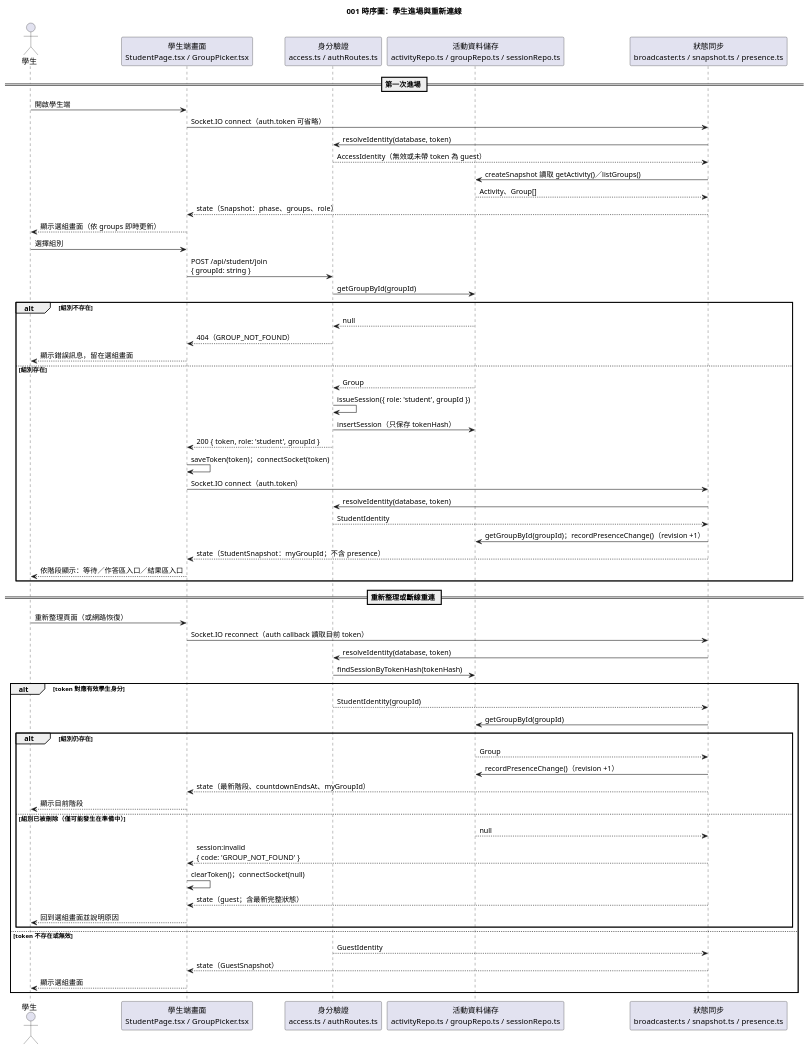
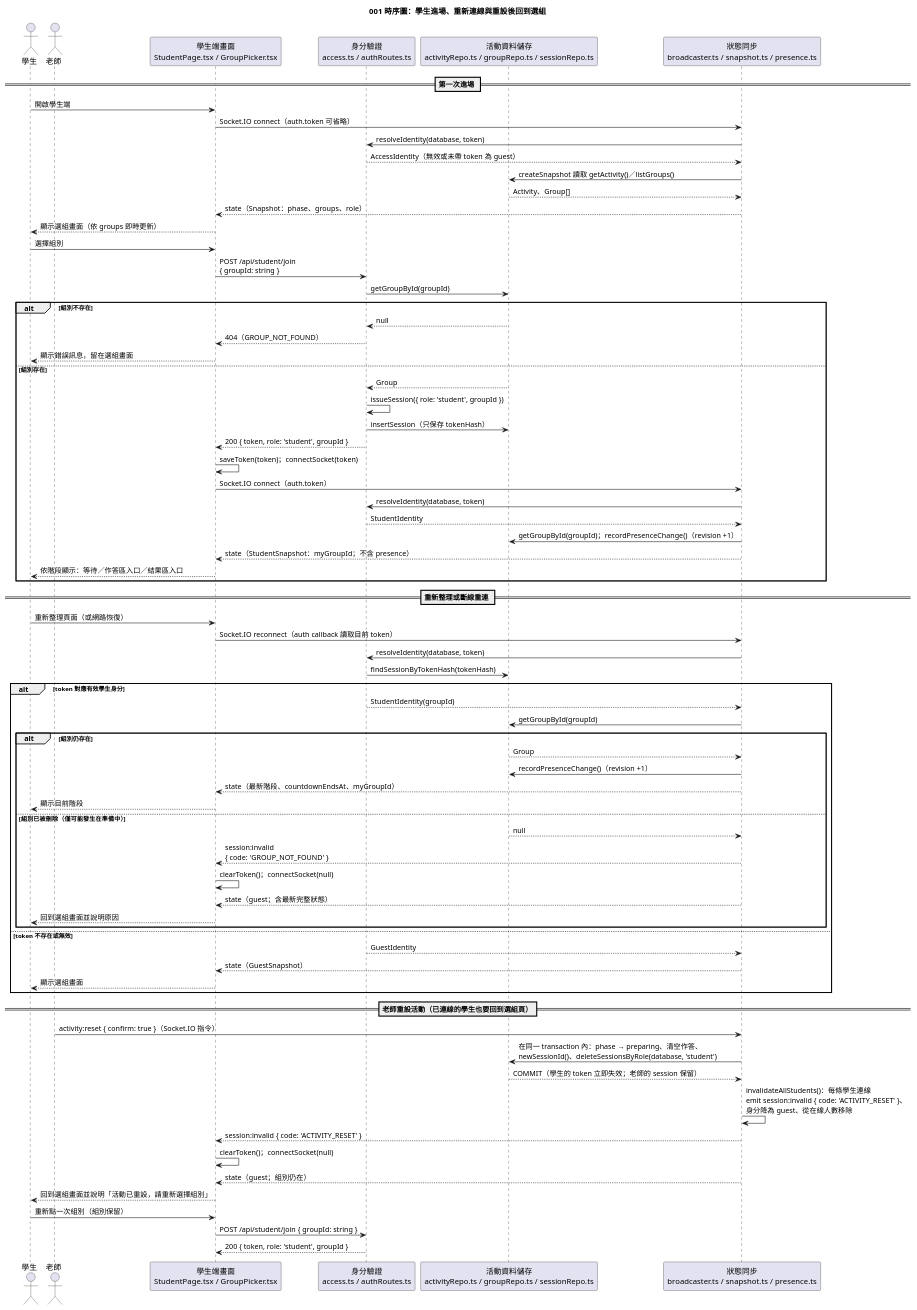
Before and after one commit to Danielweng0902/Answering-System_speckit: the diagram in diagrams/001-activity-session-seq-join.puml, drawn with PlantUML. The commit also changed 26 other files, not shown here.

```diff
--- a/diagrams/001-activity-session-seq-join.puml
+++ b/diagrams/001-activity-session-seq-join.puml
@@ -1,66 +1,80 @@
 @startuml
-title 001 時序圖：學生進場與重新連線
+title 001 時序圖：學生進場、重新連線與重設後回到選組
 
 actor "學生" as Student
+actor "老師" as Teacher
 participant "學生端畫面\nStudentPage.tsx / GroupPicker.tsx" as U
 participant "身分驗證\naccess.ts / authRoutes.ts" as A
 participant "活動資料儲存\nactivityRepo.ts / groupRepo.ts / sessionRepo.ts" as S
 participant "狀態同步\nbroadcaster.ts / snapshot.ts / presence.ts" as B
 
 == 第一次進場 ==
 Student -> U : 開啟學生端
 U -> B : Socket.IO connect（auth.token 可省略）
 B -> A : resolveIdentity(database, token)
 A --> B : AccessIdentity（無效或未帶 token 為 guest）
 B -> S : createSnapshot 讀取 getActivity()／listGroups()
 S --> B : Activity、Group[]
 B --> U : state（Snapshot：phase、groups、role）
 U --> Student : 顯示選組畫面（依 groups 即時更新）
 
 Student -> U : 選擇組別
 U -> A : POST /api/student/join\n{ groupId: string }
 A -> S : getGroupById(groupId)
 alt 組別不存在
   S --> A : null
   A --> U : 404（GROUP_NOT_FOUND）
   U --> Student : 顯示錯誤訊息，留在選組畫面
 else 組別存在
   S --> A : Group
   A -> A : issueSession({ role: 'student', groupId })
   A -> S : insertSession（只保存 tokenHash）
   A --> U : 200 { token, role: 'student', groupId }
   U -> U : saveToken(token)；connectSocket(token)
   U -> B : Socket.IO connect（auth.token）
   B -> A : resolveIdentity(database, token)
   A --> B : StudentIdentity
   B -> S : getGroupById(groupId)；recordPresenceChange()（revision +1）
   B --> U : state（StudentSnapshot：myGroupId；不含 presence）
   U --> Student : 依階段顯示：等待／作答區入口／結果區入口
 end
 
 == 重新整理或斷線重連 ==
 Student -> U : 重新整理頁面（或網路恢復）
 U -> B : Socket.IO reconnect（auth callback 讀取目前 token）
 B -> A : resolveIdentity(database, token)
 A -> S : findSessionByTokenHash(tokenHash)
 alt token 對應有效學生身分
   A --> B : StudentIdentity(groupId)
   B -> S : getGroupById(groupId)
   alt 組別仍存在
     S --> B : Group
     B -> S : recordPresenceChange()（revision +1）
     B --> U : state（最新階段、countdownEndsAt、myGroupId）
     U --> Student : 顯示目前階段
   else 組別已被刪除（僅可能發生在準備中）
     S --> B : null
     B --> U : session:invalid\n{ code: 'GROUP_NOT_FOUND' }
     U -> U : clearToken()；connectSocket(null)
     B --> U : state（guest；含最新完整狀態）
     U --> Student : 回到選組畫面並說明原因
   end
 else token 不存在或無效
   A --> B : GuestIdentity
   B --> U : state（GuestSnapshot）
   U --> Student : 顯示選組畫面
 end
+
+== 老師重設活動（已連線的學生也要回到選組頁）==
+Teacher -> B : activity:reset { confirm: true }（Socket.IO 指令）
+B -> S : 在同一 transaction 內：phase → preparing、清空作答、\nnewSessionId()、deleteSessionsByRole(database, 'student')
+S --> B : COMMIT（學生的 token 立即失效；老師的 session 保留）
+B -> B : invalidateAllStudents()：每條學生連線\nemit session:invalid { code: 'ACTIVITY_RESET' }、\n身分降為 guest、從在線人數移除
+B --> U : session:invalid { code: 'ACTIVITY_RESET' }
+U -> U : clearToken()；connectSocket(null)
+B --> U : state（guest；組別仍在）
+U --> Student : 回到選組畫面並說明「活動已重設，請重新選擇組別」
+Student -> U : 重新點一次組別（組別保留）
+U -> A : POST /api/student/join { groupId: string }
+A --> U : 200 { token, role: 'student', groupId }
 @enduml
```
